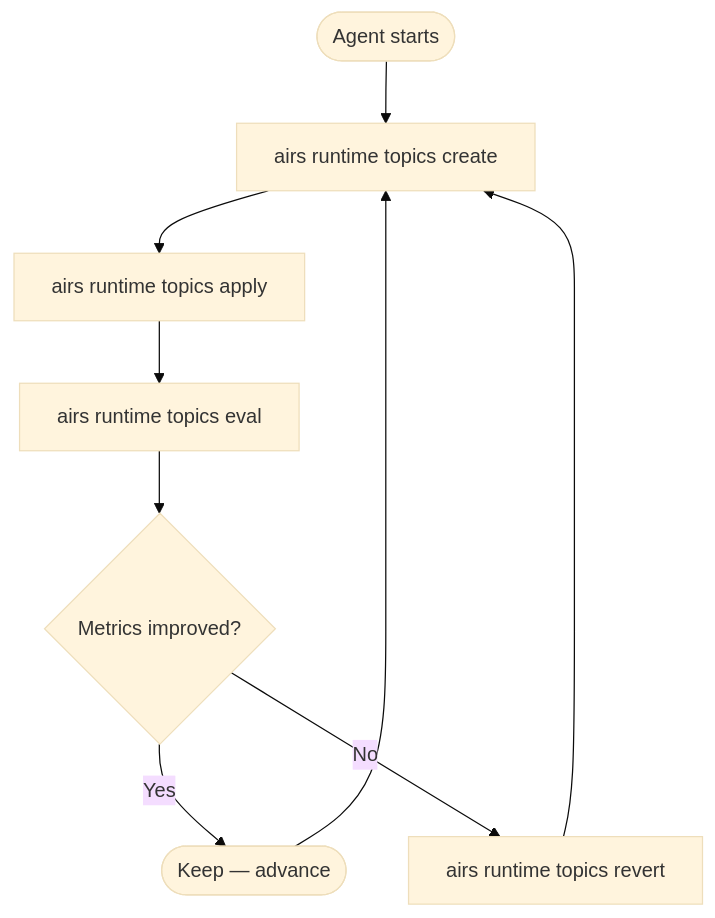
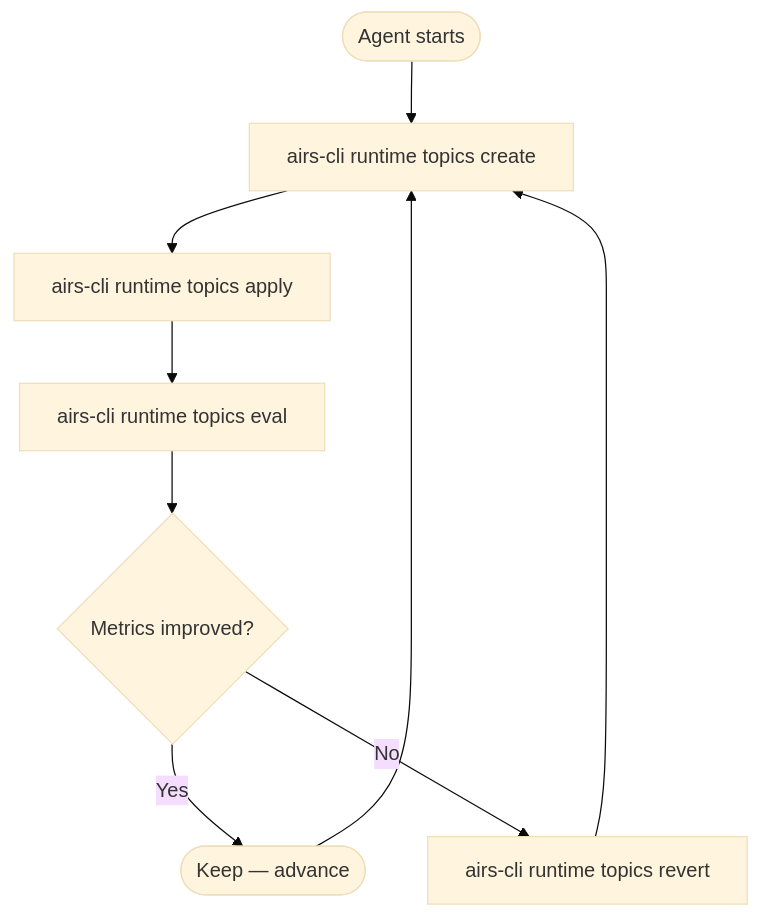
The diagram in docs-site/docs/architecture/core-loop.md (cdot65/prisma-airs-cli), drawn with Mermaid (base theme) before and after one commit. The commit also changed 174 other files, not shown here.

Commit message:
feat!: rename Prisma AIRS executable to airs-cli for harness coexistence

````diff
--- a/docs-site/docs/architecture/core-loop.md
+++ b/docs-site/docs/architecture/core-loop.md
@@ -9,11 +9,11 @@
 ```mermaid
 flowchart TD
-    Start([Agent starts]) --> Create[airs runtime topics create]
-    Create --> Apply[airs runtime topics apply]
-    Apply --> Eval[airs runtime topics eval]
+    Start([Agent starts]) --> Create[airs-cli runtime topics create]
+    Create --> Apply[airs-cli runtime topics apply]
+    Apply --> Eval[airs-cli runtime topics eval]
     Eval --> Check{Metrics improved?}
     Check -->|Yes| Keep([Keep — advance])
-    Check -->|No| Revert[airs runtime topics revert]
+    Check -->|No| Revert[airs-cli runtime topics revert]
     Revert --> Create
     Keep --> Create
 ```
````
